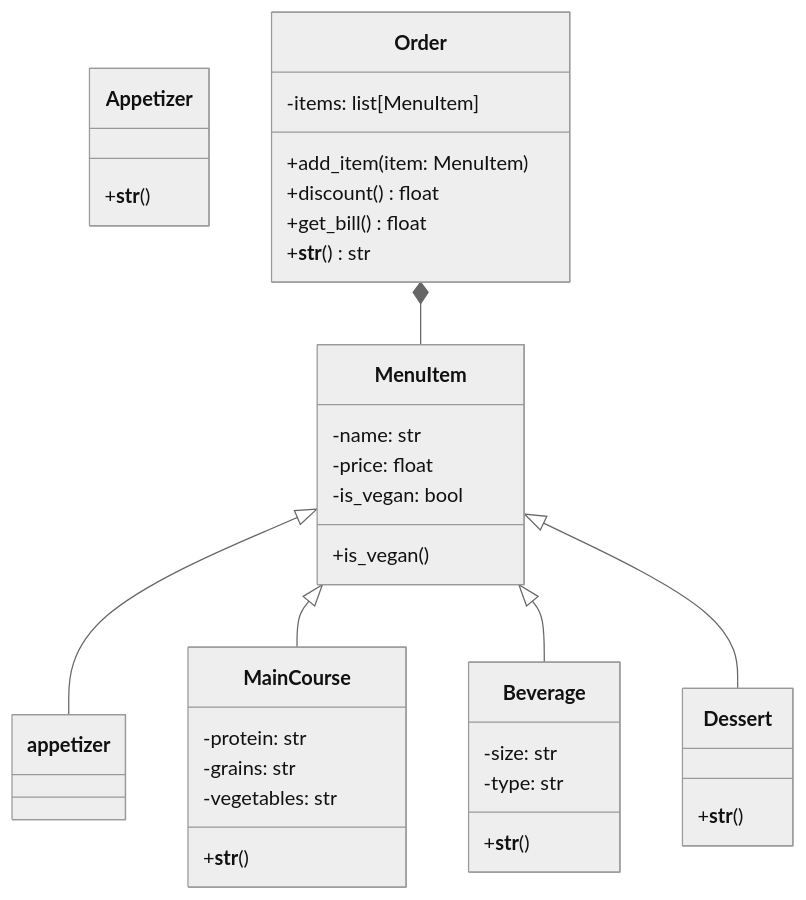
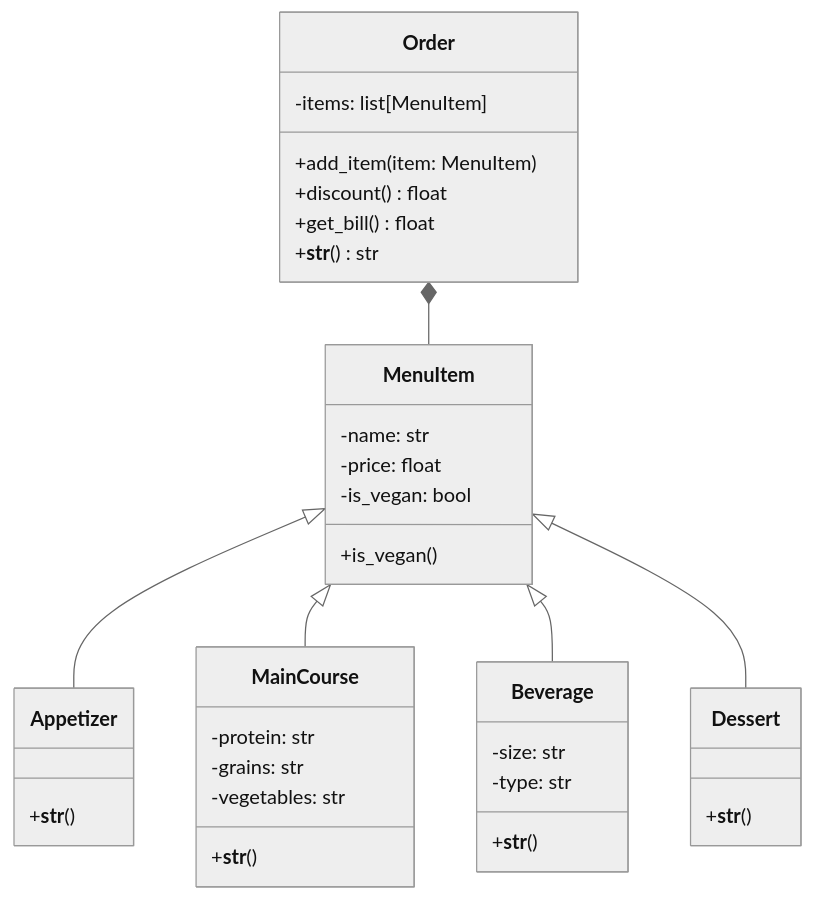
One commit to daseb-xd/RETO_3 changed the diagram in README.md. Above: the diagram before and after it, drawn with Mermaid (neutral theme).

````diff
--- a/README.md
+++ b/README.md
@@ -4,44 +4,44 @@
 ```mermaid
 classDiagram
     class MenuItem {
         -name: str
         -price: float
         -is_vegan: bool
         +is_vegan()
     }
 
     class Appetizer {
         +__str__()
     }
 
     class MainCourse {
         -protein: str
         -grains: str
         -vegetables: str
         +__str__()
     }
 
     class Beverage {
         -size: str
         -type: str
         +__str__()
     }
 
     class Dessert {
         +__str__()
     }
 
     class Order {
         -items: list[MenuItem]
         +add_item(item: MenuItem)
         +discount() float
         +get_bill() float
         +__str__() str
     }
 
-    MenuItem <|-- appetizer
+    MenuItem <|-- Appetizer
     MenuItem <|-- MainCourse
     MenuItem <|-- Beverage
     MenuItem <|-- Dessert
     Order *-- MenuItem 
 ```
````
